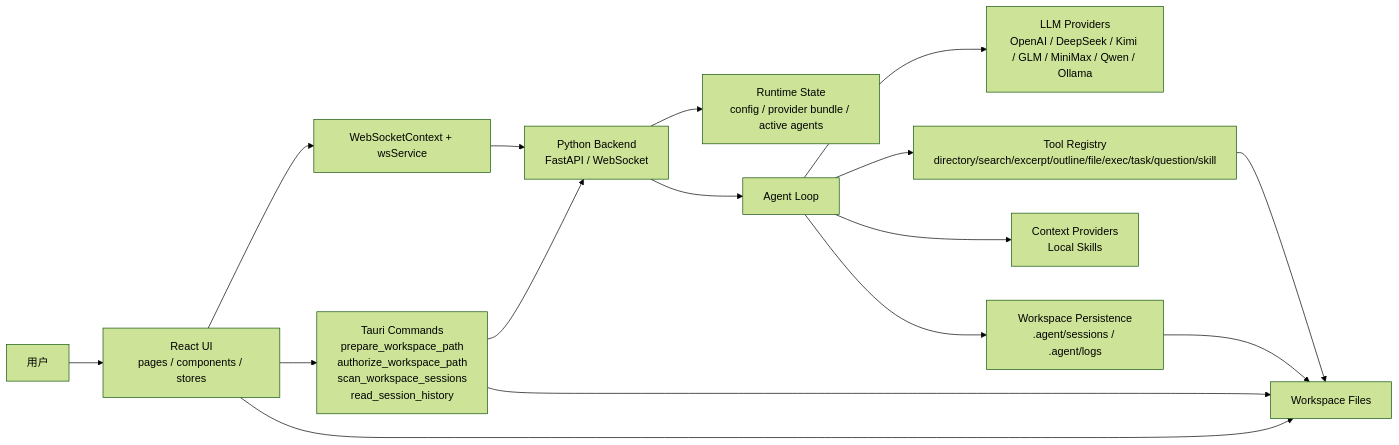
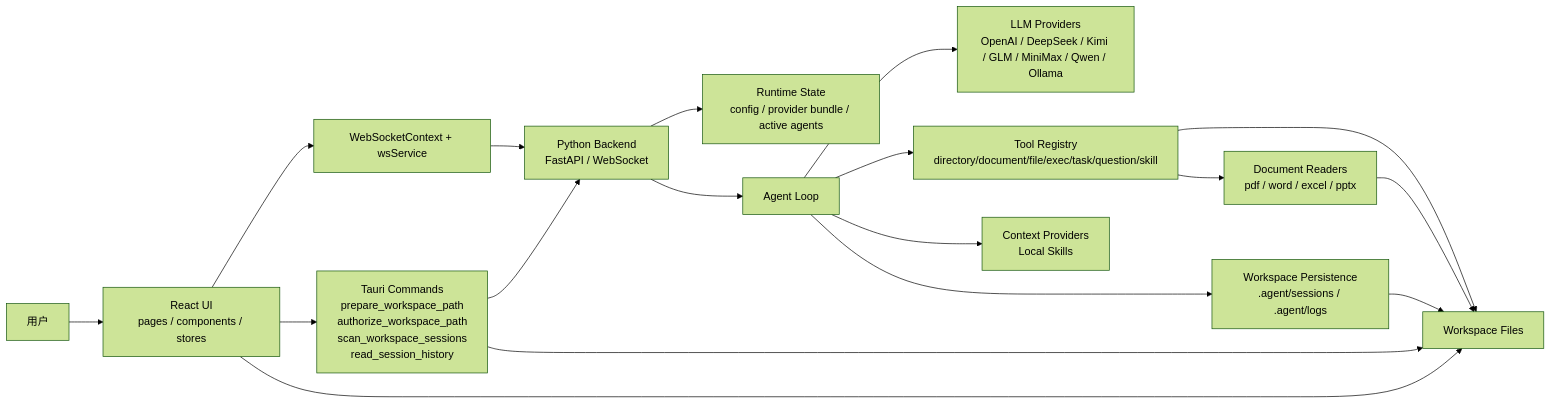
Before and after one commit to ChqJourney/simple_agent: the first of 5 diagrams in architecture.md, drawn with Mermaid (forest theme). The commit also changed other lines of this file and 25 other files, not shown here.

Commit message:
Refactor document tools for office formats

````diff
--- a/architecture.md
+++ b/architecture.md
@@ -23,20 +23,22 @@
 ```mermaid
 flowchart LR
     User["用户"] --> UI["React UI<br/>pages / components / stores"]
     UI --> WS["WebSocketContext + wsService"]
     UI --> Tauri["Tauri Commands<br/>prepare_workspace_path<br/>authorize_workspace_path<br/>scan_workspace_sessions<br/>read_session_history"]
     WS --> Backend["Python Backend<br/>FastAPI / WebSocket"]
     Tauri --> Backend
 
     Backend --> Runtime["Runtime State<br/>config / provider bundle / active agents"]
     Backend --> Agent["Agent Loop"]
     Agent --> LLM["LLM Providers<br/>OpenAI / DeepSeek / Kimi / GLM / MiniMax / Qwen / Ollama"]
-    Agent --> Tools["Tool Registry<br/>directory/search/excerpt/outline/file/exec/task/question/skill"]
+    Agent --> Tools["Tool Registry<br/>directory/document/file/exec/task/question/skill"]
+    Tools --> Readers["Document Readers<br/>pdf / word / excel / pptx"]
     Agent --> Context["Context Providers<br/>Local Skills"]
     Agent --> Persist["Workspace Persistence<br/>.agent/sessions / .agent/logs"]
 
     Tools --> Workspace["Workspace Files"]
+    Readers --> Workspace
     Persist --> Workspace
     Tauri --> Workspace
     UI --> Workspace
 ```
````
